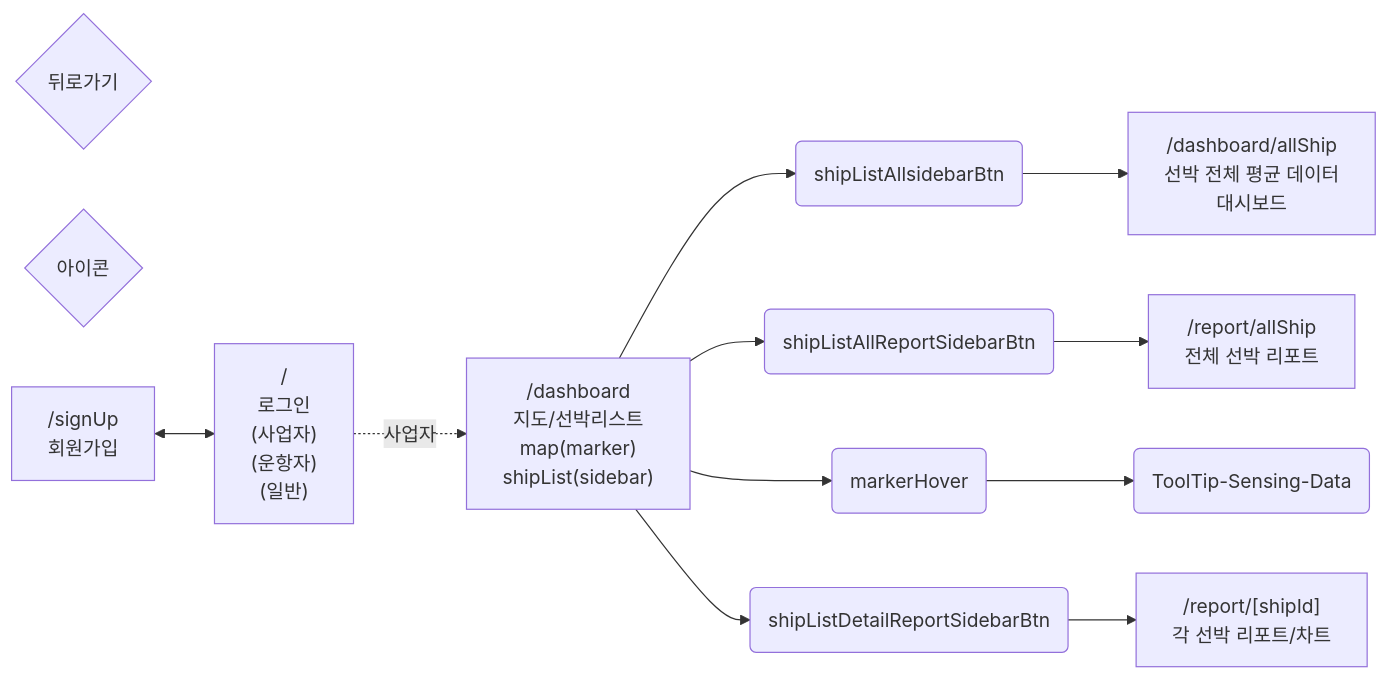
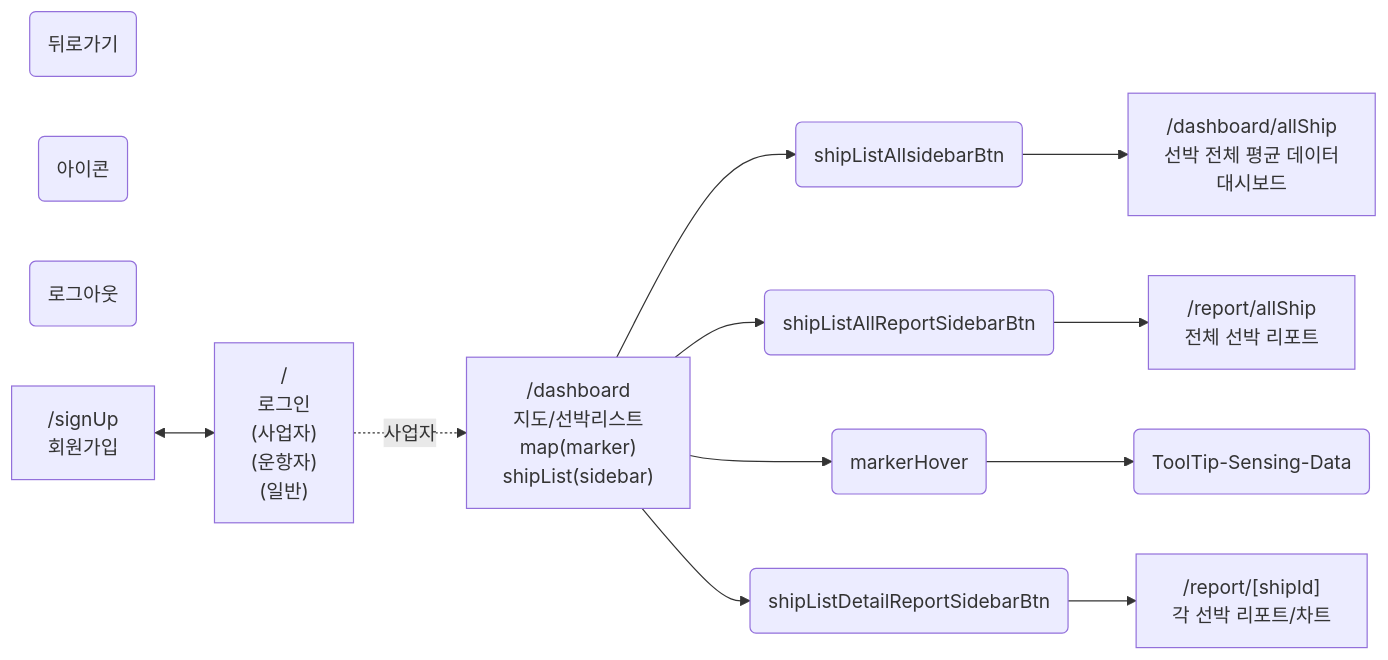
Before and after one commit to SAHA-YJB/IoT-page-flow: the diagram in ioTUserFlow.md, drawn with Mermaid.

Commit message:
btn list

````diff
--- a/ioTUserFlow.md
+++ b/ioTUserFlow.md
@@ -3,41 +3,43 @@
 ```mermaid
 flowchart LR
-   뒤로가기{뒤로가기}
-   아이콘{아이콘}
+   뒤로가기(뒤로가기)
+   아이콘(아이콘)
+   로그아웃(로그아웃)
+
    shipListAllBtn(shipListAllsidebarBtn)
    shipListAllReportBtn(shipListAllReportSidebarBtn)
    shipListDetailReportBtn(shipListDetailReportSidebarBtn)
    markerHover(markerHover)
 
    회원가입["`/signUp
    회원가입`"]
 
    통합로그인["`/
    로그인
    (사업자)
    (운항자)
    (일반)`"]
 
    사업자["`/dashboard
    지도/선박리스트
    map(marker)
    shipList(sidebar)
    `"]
 
    대시보드["`/dashboard/allShip
    선박 전체 평균 데이터
    대시보드`"]
 
    전체리포트["`/report/allShip
    전체 선박 리포트`"]
 
    각선박리포트차트["`/report/[shipId]
    각 선박 리포트/차트`"]
 
    회원가입 <--> 통합로그인
    통합로그인-. 사업자 .-> 사업자
    사업자 --> shipListAllBtn --> 대시보드
    사업자 --> shipListAllReportBtn --> 전체리포트
    사업자--> markerHover --> 툴팁(ToolTip-Sensing-Data)
    사업자--> shipListDetailReportBtn --> 각선박리포트차트
 ```
````
